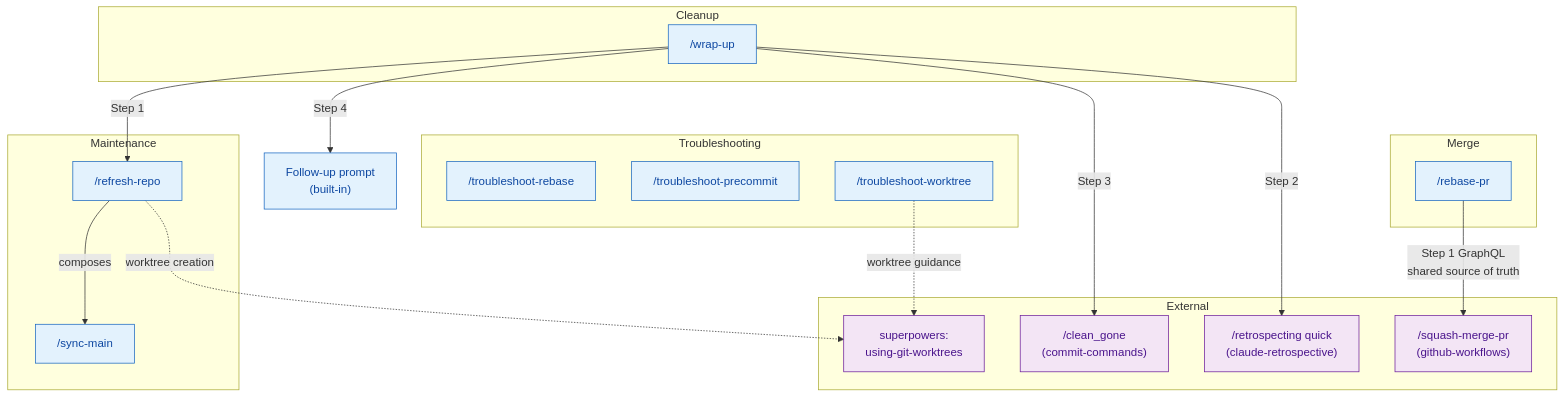
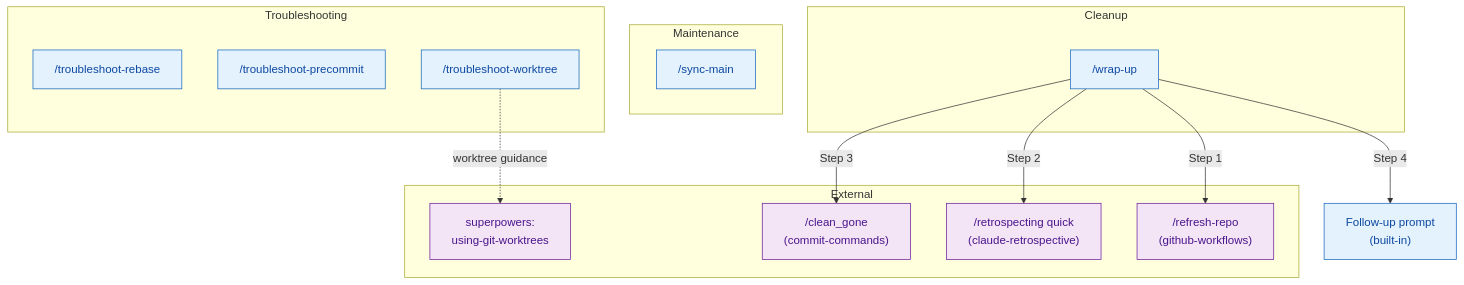
The first of 3 diagrams in git-workflows/ARCHITECTURE.md (JacobPEvans/claude-code-plugins), drawn with Mermaid before and after one commit. The commit also changed other lines of this file and 20 other files, not shown here.

````diff
--- a/git-workflows/ARCHITECTURE.md
+++ b/git-workflows/ARCHITECTURE.md
@@ -9,45 +9,35 @@
 ```mermaid
 flowchart TD
     classDef ai fill:#e3f2fd,stroke:#1565c0,color:#0d47a1
     classDef external fill:#f3e5f5,stroke:#6a1b9a,color:#4a148c
 
     subgraph maintenance["Maintenance"]
         sync_main["/sync-main"]
-        refresh_repo["/refresh-repo"]
-    end
-
-    subgraph merge["Merge"]
-        rebase_pr["/rebase-pr"]
     end
 
     subgraph troubleshooting["Troubleshooting"]
         ts_rebase["/troubleshoot-rebase"]
         ts_precommit["/troubleshoot-precommit"]
         ts_worktree["/troubleshoot-worktree"]
     end
 
     subgraph cleanup["Cleanup"]
         wrap_up["/wrap-up"]
     end
 
     subgraph external_deps["External"]
         superpowers["superpowers:\nusing-git-worktrees"]:::external
         clean_gone["/clean_gone\n(commit-commands)"]:::external
         retrospecting["/retrospecting quick\n(claude-retrospective)"]:::external
-        squash_merge["/squash-merge-pr\n(github-workflows)"]:::external
+        refresh_repo["/refresh-repo\n(github-workflows)"]:::external
     end
-
-    refresh_repo -->|"composes"| sync_main
 
     wrap_up -->|"Step 1"| refresh_repo
     wrap_up -->|"Step 2"| retrospecting
     wrap_up -->|"Step 3"| clean_gone
     wrap_up -->|"Step 4"| follow_up["Follow-up prompt\n(built-in)"]:::ai
 
-    rebase_pr -->|"Step 1 GraphQL\nshared source of truth"| squash_merge
-
-    refresh_repo -.->|"worktree creation"| superpowers
     ts_worktree -.->|"worktree guidance"| superpowers
 
-    class sync_main,refresh_repo,rebase_pr,ts_rebase,ts_precommit,ts_worktree,wrap_up ai
+    class sync_main,ts_rebase,ts_precommit,ts_worktree,wrap_up ai
 ```
````
